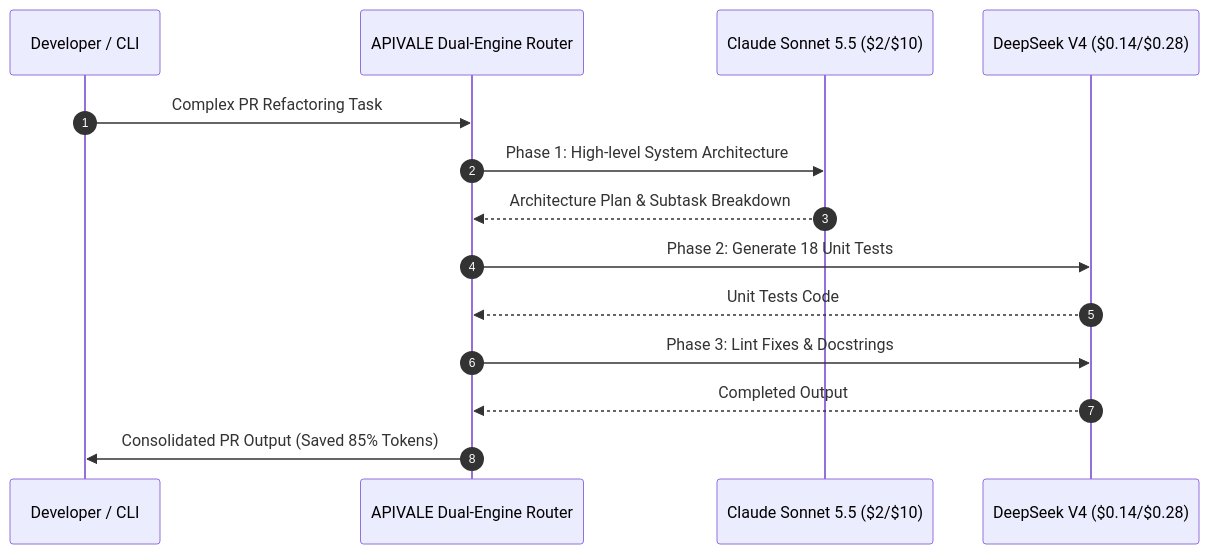
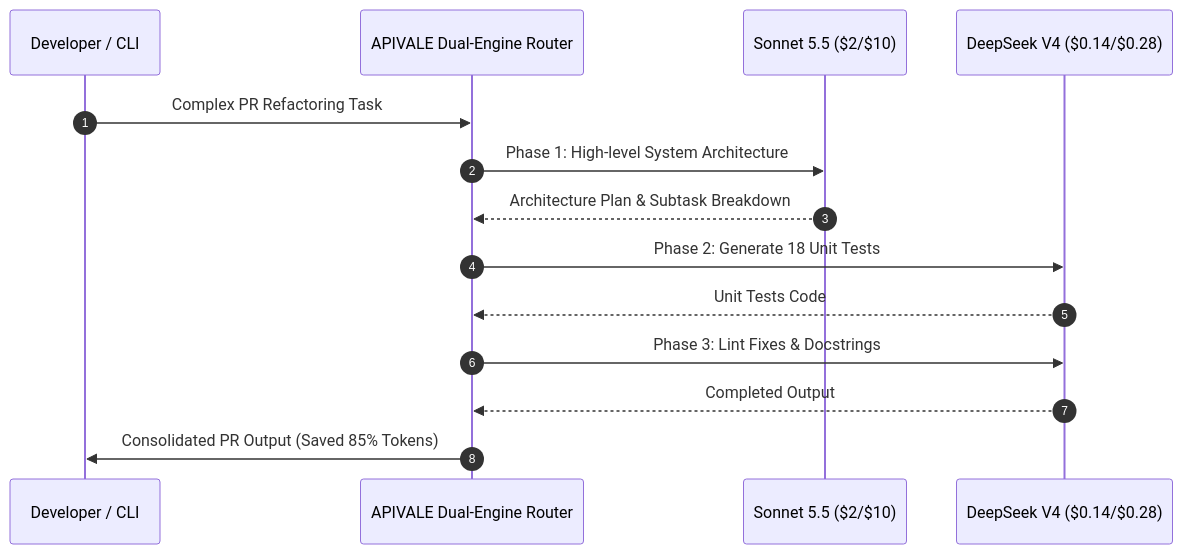
Before and after one commit to bshx2024/apivel_blog: the second of 2 diagrams in src/content/blog/claude-sonnet-5-5-api-pricing-claude-code-guide.md, drawn with Mermaid. The commit also changed other lines of this file, not shown here.

Commit message:
perf(seo): resolve keyword mismatch, reduce ngram density and align title to Sonnet 5.5 API

````diff
--- a/src/content/blog/claude-sonnet-5-5-api-pricing-claude-code-guide.md
+++ b/src/content/blog/claude-sonnet-5-5-api-pricing-claude-code-guide.md
@@ -215,17 +215,17 @@
 ```mermaid
 sequenceDiagram
     autonumber
     participant Dev as Developer / CLI
     participant Router as APIVALE Dual-Engine Router
-    participant Sonnet as Claude Sonnet 5.5 ($2/$10)
+    participant Sonnet as Sonnet 5.5 ($2/$10)
     participant DeepSeek as DeepSeek V4 ($0.14/$0.28)
 
     Dev->>Router: Complex PR Refactoring Task
     Router->>Sonnet: Phase 1: High-level System Architecture
     Sonnet-->>Router: Architecture Plan & Subtask Breakdown
     Router->>DeepSeek: Phase 2: Generate 18 Unit Tests
     DeepSeek-->>Router: Unit Tests Code
     Router->>DeepSeek: Phase 3: Lint Fixes & Docstrings
     DeepSeek-->>Router: Completed Output
     Router->>Dev: Consolidated PR Output (Saved 85% Tokens)
 ```
````
